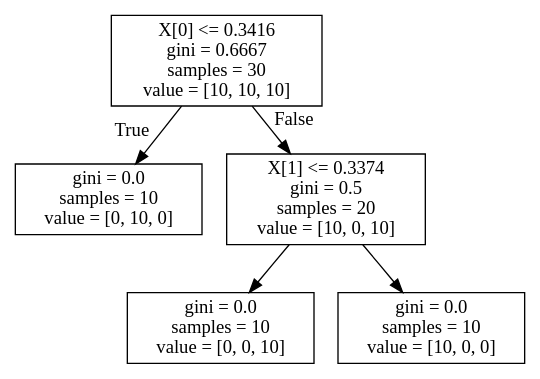
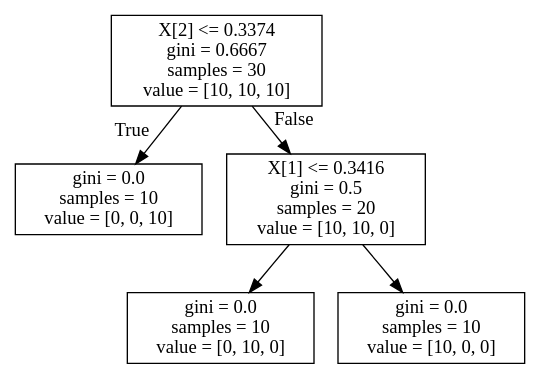
The diagram in tree5.dot (mika018/Character-Recognition-Classifier), drawn with Graphviz before and after one commit.

Commit message:
Add tree feature 5

```diff
--- a/tree5.dot
+++ b/tree5.dot
@@ -1,12 +1,12 @@
 digraph Tree {
 node [shape=box] ;
-0 [label="X[0] <= 0.3416\ngini = 0.6667\nsamples = 30\nvalue = [10, 10, 10]"] ;
-1 [label="gini = 0.0\nsamples = 10\nvalue = [0, 10, 0]"] ;
+0 [label="X[2] <= 0.3374\ngini = 0.6667\nsamples = 30\nvalue = [10, 10, 10]"] ;
+1 [label="gini = 0.0\nsamples = 10\nvalue = [0, 0, 10]"] ;
 0 -> 1 [labeldistance=2.5, labelangle=45, headlabel="True"] ;
-2 [label="X[1] <= 0.3374\ngini = 0.5\nsamples = 20\nvalue = [10, 0, 10]"] ;
+2 [label="X[1] <= 0.3416\ngini = 0.5\nsamples = 20\nvalue = [10, 10, 0]"] ;
 0 -> 2 [labeldistance=2.5, labelangle=-45, headlabel="False"] ;
-3 [label="gini = 0.0\nsamples = 10\nvalue = [0, 0, 10]"] ;
+3 [label="gini = 0.0\nsamples = 10\nvalue = [0, 10, 0]"] ;
 2 -> 3 ;
 4 [label="gini = 0.0\nsamples = 10\nvalue = [10, 0, 0]"] ;
 2 -> 4 ;
 }
```
